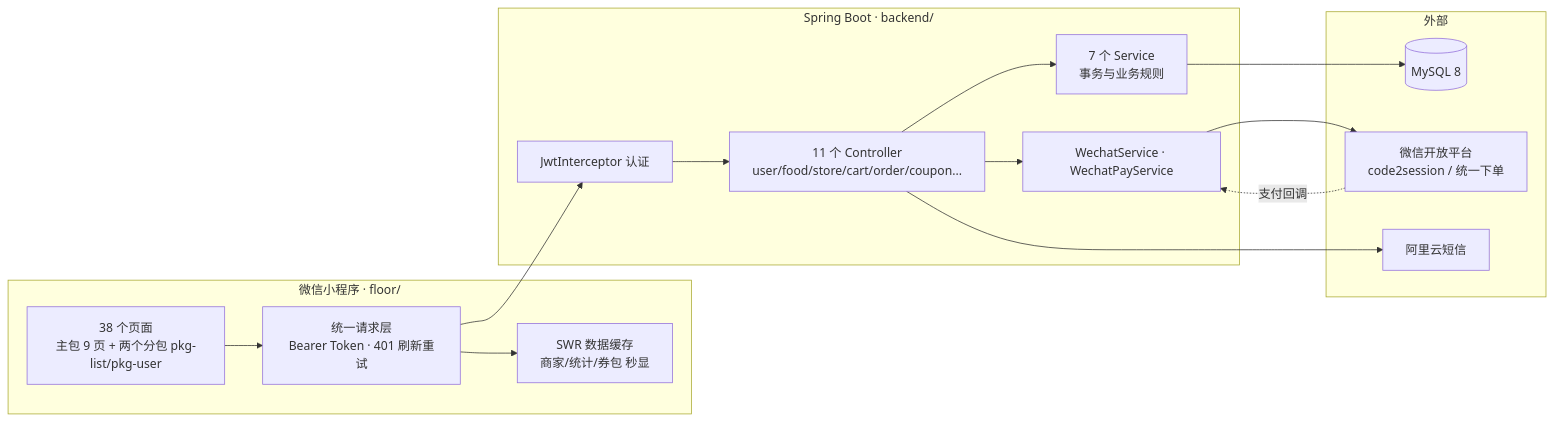
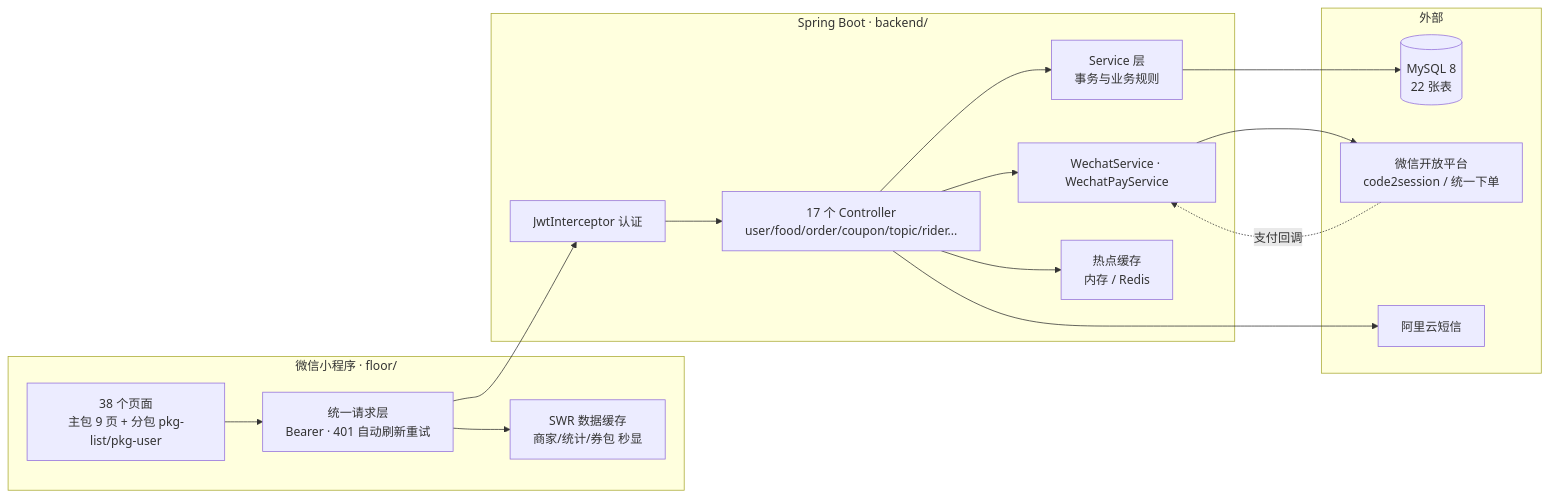
The first of 3 diagrams in README.md (kedamano/food_wx), drawn with Mermaid before and after one commit. The commit also changed other lines of this file, not shown here.

````diff
--- a/README.md
+++ b/README.md
@@ -31,24 +51,26 @@
 ```mermaid
 graph LR
     subgraph 微信小程序 [微信小程序 · floor/]
-        A[38 个页面<br/>主包 9 页 + 两个分包 pkg-list/pkg-user]
-        R[统一请求层<br/>Bearer Token · 401 刷新重试]
+        A[38 个页面<br/>主包 9 页 + 分包 pkg-list/pkg-user]
+        R[统一请求层<br/>Bearer · 401 自动刷新重试]
         K[SWR 数据缓存<br/>商家/统计/券包 秒显]
     end
     subgraph 后端 [Spring Boot · backend/]
         I[JwtInterceptor 认证]
-        C[11 个 Controller<br/>user/food/store/cart/order/coupon...]
-        S[7 个 Service<br/>事务与业务规则]
+        C[17 个 Controller<br/>user/food/order/coupon/topic/rider...]
+        S[Service 层<br/>事务与业务规则]
         W[WechatService · WechatPayService]
+        CH[热点缓存<br/>内存 / Redis]
     end
     subgraph 外部
-        M[(MySQL 8)]
+        M[(MySQL 8<br/>22 张表)]
         WX[微信开放平台<br/>code2session / 统一下单]
         SMS[阿里云短信]
     end
     A --> R --> I --> C --> S --> M
     R --> K
+    C --> CH
     C --> W --> WX
     C --> SMS
     WX -. 支付回调 .-> W
 ```
````
